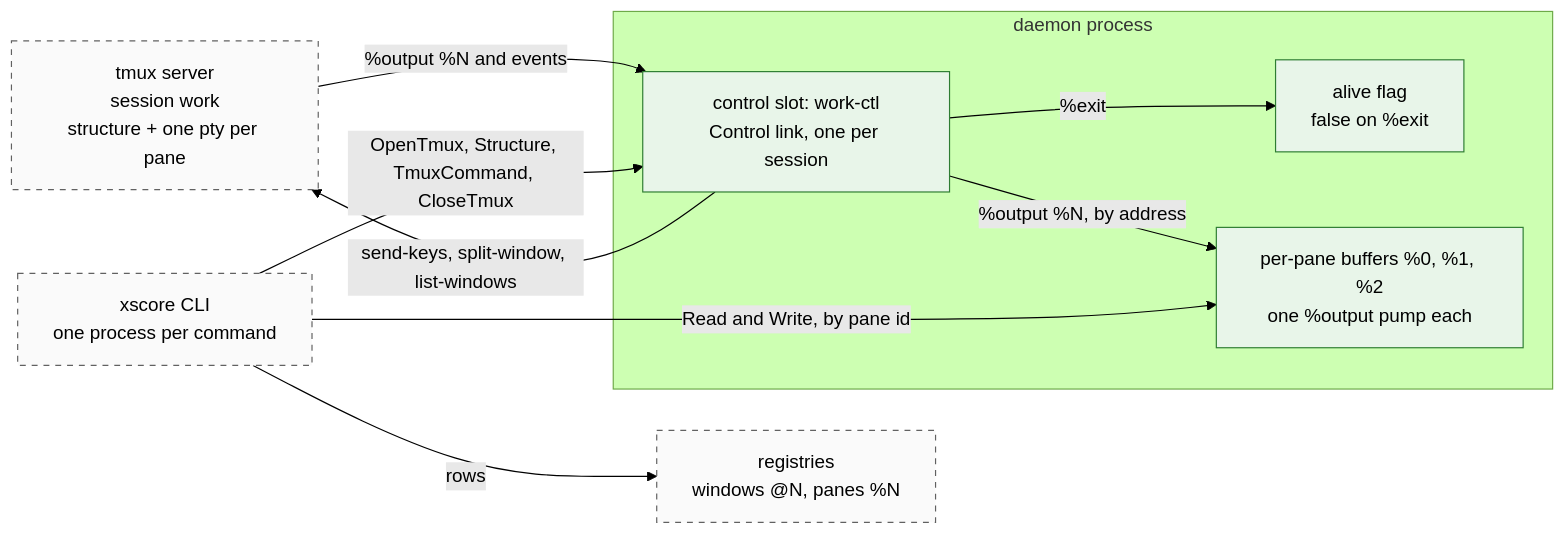
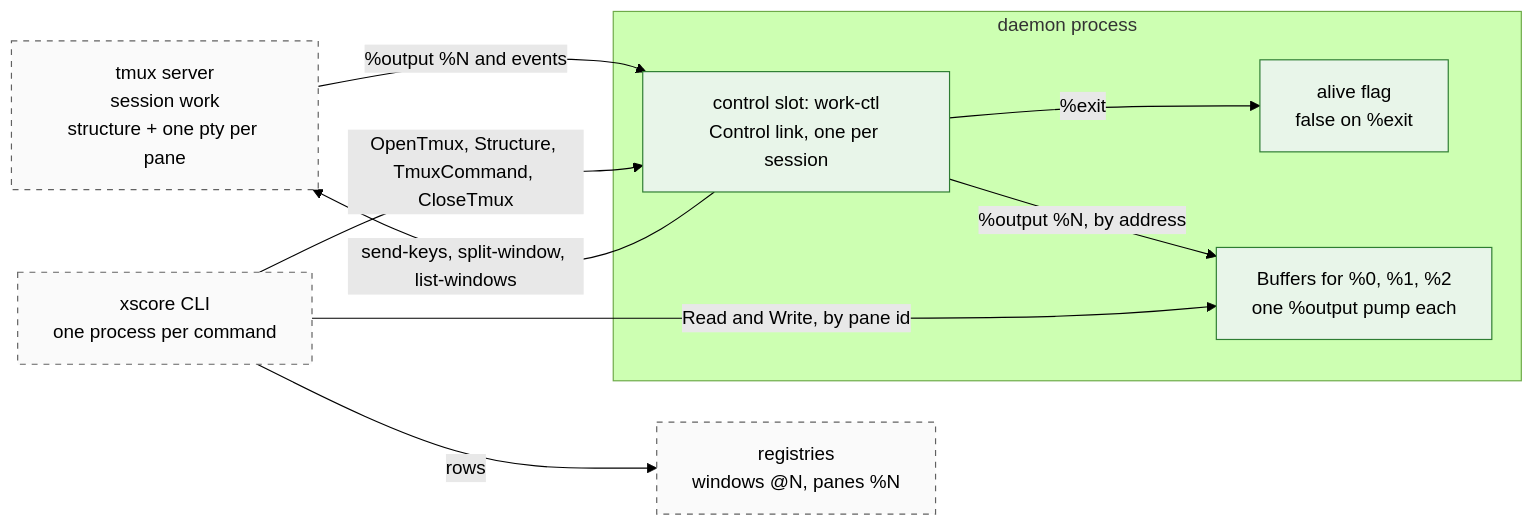
The second of 4 diagrams in doc/dev/arch/arch.md (xiaoshan1234/xscore), drawn with Mermaid (forest theme) before and after one commit. The commit also changed other lines of this file and 57 other files, not shown here.

````diff
--- a/doc/dev/arch/arch.md
+++ b/doc/dev/arch/arch.md
@@ -385,24 +382,24 @@
 ```mermaid
 graph LR
     SRV["tmux server<br/>session work<br/>structure + one pty per pane"]
     CLI["xscore CLI<br/>one process per command"]
     subgraph D["daemon process"]
         L["control slot: work-ctl<br/>Control link, one per session"]
         AL["alive flag<br/>false on %exit"]
-        B["per-pane buffers %0, %1, %2<br/>one %output pump each"]
+        B["Buffers for %0, %1, %2<br/>one %output pump each"]
     end
     ST["registries<br/>windows @N, panes %N"]
 
     SRV -->|"%output %N and events"| L
     L -->|"%output %N, by address"| B
     L -->|"%exit"| AL
     CLI -->|"OpenTmux, Structure, TmuxCommand, CloseTmux"| L
     CLI -->|"Read and Write, by pane id"| B
     CLI -->|"rows"| ST
     L -->|"send-keys, split-window, list-windows"| SRV
 
     classDef ext fill:#fafafa,stroke:#616161,stroke-dasharray: 5 5
     classDef ctl fill:#e8f5e9,stroke:#2e7d32
     class SRV,CLI,ST ext
     class L,AL,B ctl
 ```
````
